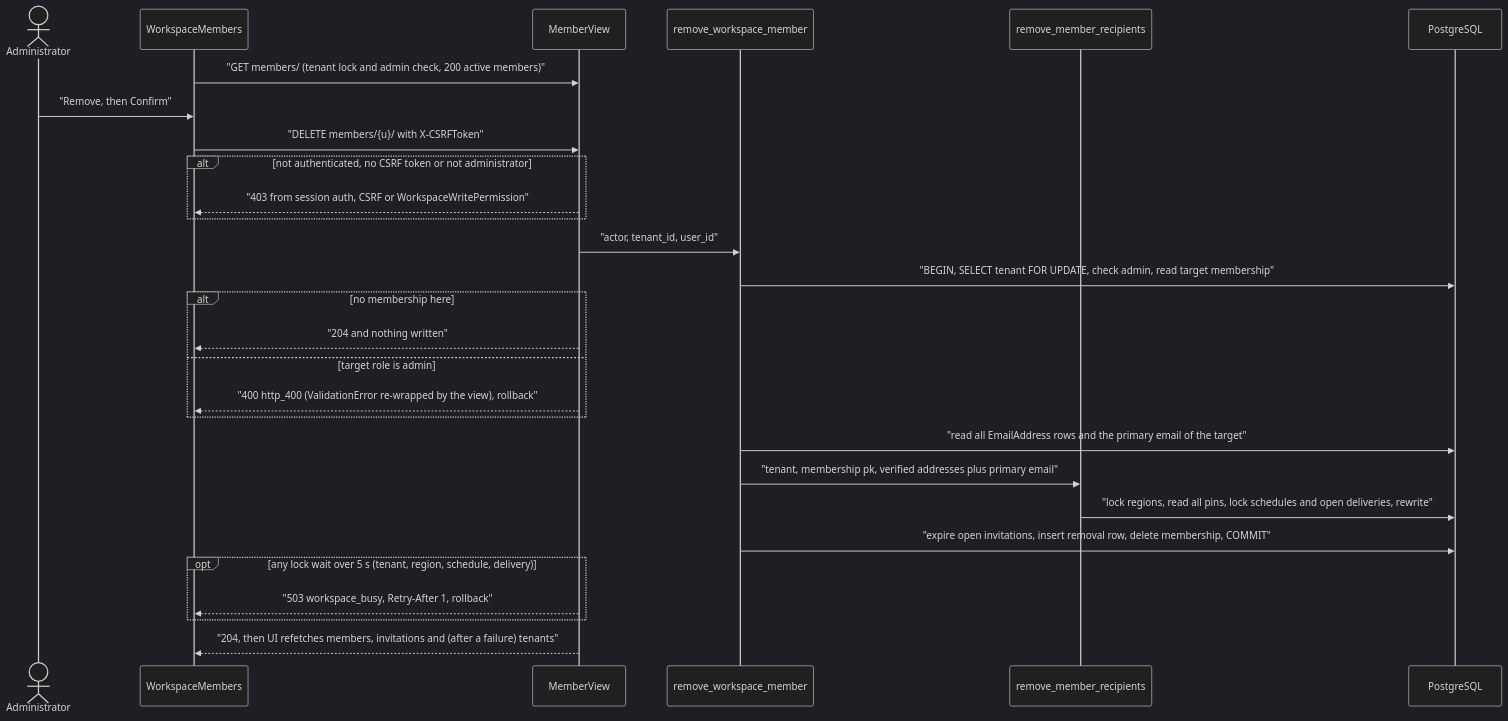
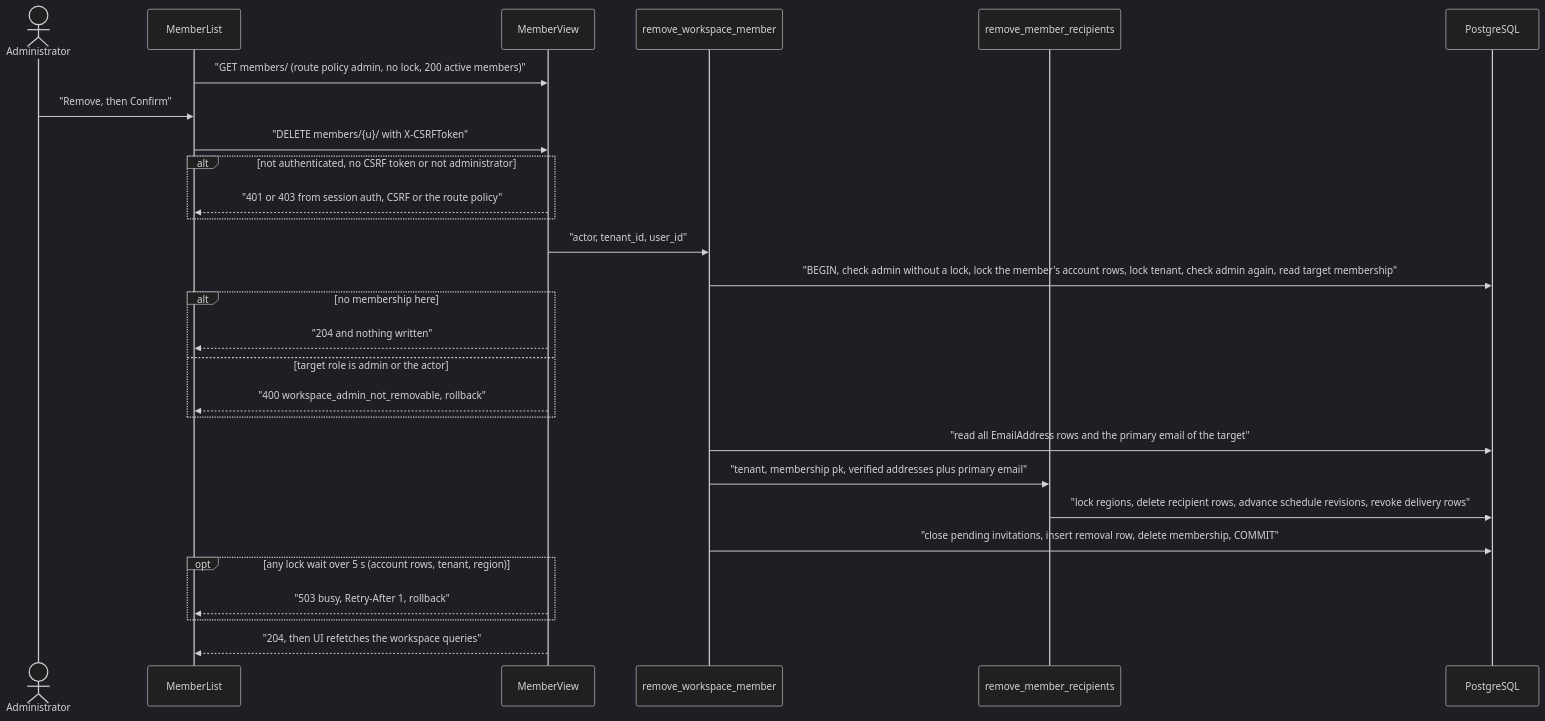
One commit to erkurtharun/pyracast changed the diagram in docs/flows/member-removal.md. Above: the diagram before and after it, drawn with Mermaid (dark theme). The commit also changed other lines of this file and 85 other files, not shown here.

First line of the commit message:
Bring the flow pages in line with the code (#107)

````diff
--- a/docs/flows/member-removal.md
+++ b/docs/flows/member-removal.md
@@ -13,30 +14,30 @@
 ```mermaid
 sequenceDiagram
     actor A as Administrator
-    participant UI as WorkspaceMembers
+    participant UI as MemberList
     participant V as MemberView
     participant Op as remove_workspace_member
     participant Rc as remove_member_recipients
     participant DB as PostgreSQL
-    UI->>V: "GET members/ (tenant lock and admin check, 200 active members)"
+    UI->>V: "GET members/ (route policy admin, no lock, 200 active members)"
     A->>UI: "Remove, then Confirm"
     UI->>V: "DELETE members/{u}/ with X-CSRFToken"
     alt not authenticated, no CSRF token or not administrator
-        V-->>UI: "403 from session auth, CSRF or WorkspaceWritePermission"
+        V-->>UI: "401 or 403 from session auth, CSRF or the route policy"
     end
     V->>Op: "actor, tenant_id, user_id"
-    Op->>DB: "BEGIN, SELECT tenant FOR UPDATE, check admin, read target membership"
+    Op->>DB: "BEGIN, check admin without a lock, lock the member's account rows, lock tenant, check admin again, read target membership"
     alt no membership here
         V-->>UI: "204 and nothing written"
-    else target role is admin
-        V-->>UI: "400 http_400 (ValidationError re-wrapped by the view), rollback"
+    else target role is admin or the actor
+        V-->>UI: "400 workspace_admin_not_removable, rollback"
     end
     Op->>DB: "read all EmailAddress rows and the primary email of the target"
     Op->>Rc: "tenant, membership pk, verified addresses plus primary email"
-    Rc->>DB: "lock regions, read all pins, lock schedules and open deliveries, rewrite"
-    Op->>DB: "expire open invitations, insert removal row, delete membership, COMMIT"
-    opt any lock wait over 5 s (tenant, region, schedule, delivery)
-        V-->>UI: "503 workspace_busy, Retry-After 1, rollback"
+    Rc->>DB: "lock regions, delete recipient rows, advance schedule revisions, revoke delivery rows"
+    Op->>DB: "close pending invitations, insert removal row, delete membership, COMMIT"
+    opt any lock wait over 5 s (account rows, tenant, region)
+        V-->>UI: "503 busy, Retry-After 1, rollback"
     end
-    V-->>UI: "204, then UI refetches members, invitations and (after a failure) tenants"
+    V-->>UI: "204, then UI refetches the workspace queries"
 ```
````
